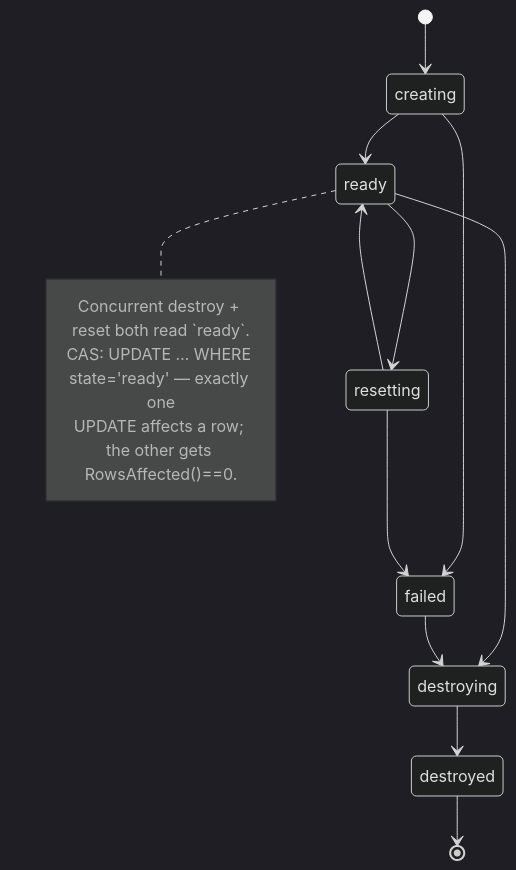
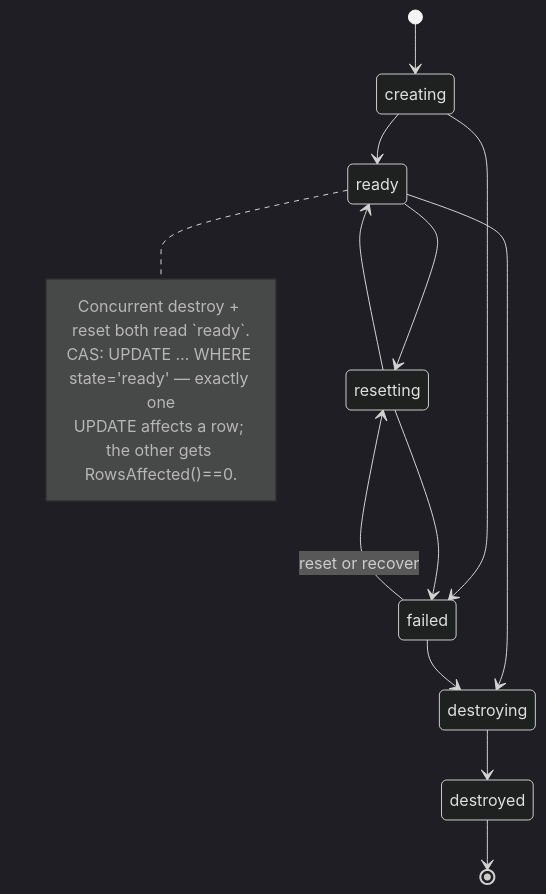
The second of 3 diagrams in docs/deep-dives.md (abd-ulbasit/pgoverlay), drawn with Mermaid (dark theme) before and after one commit. The commit also changed other lines of this file and 4 other files, not shown here.

First line of the commit message:
docs: bring concepts, architecture, code tour and ADRs up to date

````diff
--- a/docs/deep-dives.md
+++ b/docs/deep-dives.md
@@ -213,18 +230,19 @@
 ```mermaid
 stateDiagram-v2
     [*] --> creating
     creating --> ready
     creating --> failed
     ready --> destroying
     ready --> resetting
     resetting --> ready
     resetting --> failed
+    failed --> resetting: reset or recover
     failed --> destroying
     destroying --> destroyed
     destroyed --> [*]
     note right of ready
         Concurrent destroy + reset both read `ready`.
         CAS: UPDATE … WHERE state='ready' — exactly one
         UPDATE affects a row; the other gets RowsAffected()==0.
     end note
 ```
````
